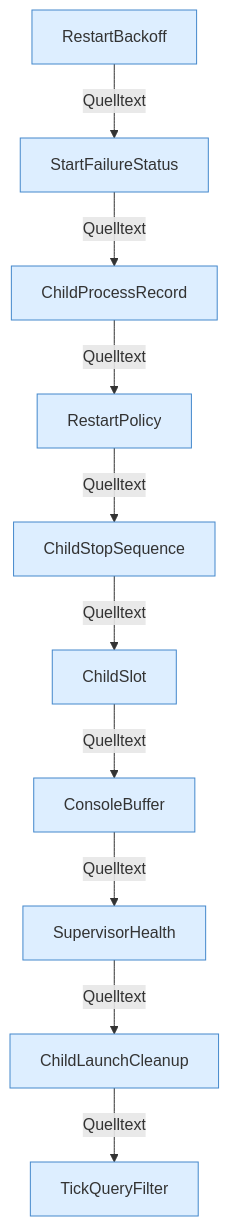
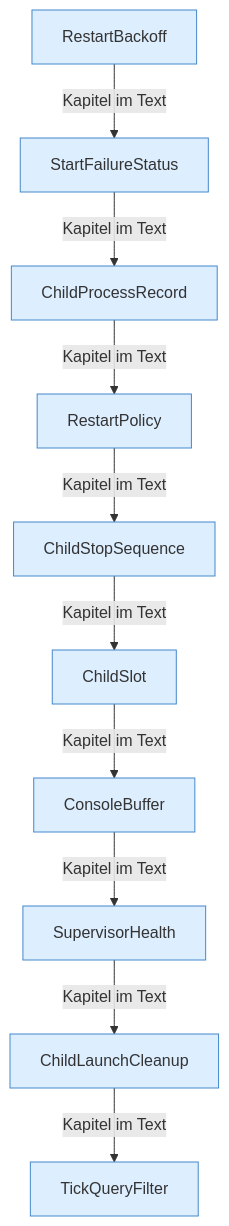
One commit to PrinceDiamant/minecraft-serverhoster-plugin changed the diagram in Prozess-Bausteine.md. Above: the diagram before and after it, drawn with Mermaid. The commit also changed other lines of this file and 2005 other files, not shown here.

````diff
--- a/Prozess-Bausteine.md
+++ b/Prozess-Bausteine.md
@@ -5,24 +5,24 @@
 ```mermaid
 flowchart TD
   n1["RestartBackoff"]:::internal-link
   n2["StartFailureStatus"]:::internal-link
   n3["ChildProcessRecord"]:::internal-link
   n4["RestartPolicy"]:::internal-link
   n5["ChildStopSequence"]:::internal-link
   n6["ChildSlot"]:::internal-link
   n7["ConsoleBuffer"]:::internal-link
   n8["SupervisorHealth"]:::internal-link
   n9["ChildLaunchCleanup"]:::internal-link
   n10["TickQueryFilter"]:::internal-link
-  n1 -->|"Quelltext"| n2
-  n2 -->|"Quelltext"| n3
-  n3 -->|"Quelltext"| n4
-  n4 -->|"Quelltext"| n5
-  n5 -->|"Quelltext"| n6
-  n6 -->|"Quelltext"| n7
-  n7 -->|"Quelltext"| n8
-  n8 -->|"Quelltext"| n9
-  n9 -->|"Quelltext"| n10
+  n1 -->|"Kapitel im Text"| n2
+  n2 -->|"Kapitel im Text"| n3
+  n3 -->|"Kapitel im Text"| n4
+  n4 -->|"Kapitel im Text"| n5
+  n5 -->|"Kapitel im Text"| n6
+  n6 -->|"Kapitel im Text"| n7
+  n7 -->|"Kapitel im Text"| n8
+  n8 -->|"Kapitel im Text"| n9
+  n9 -->|"Kapitel im Text"| n10
   classDef internal-link fill:#ddeeff,stroke:#4488cc
   classDef befund fill:#f88
 ```
````
